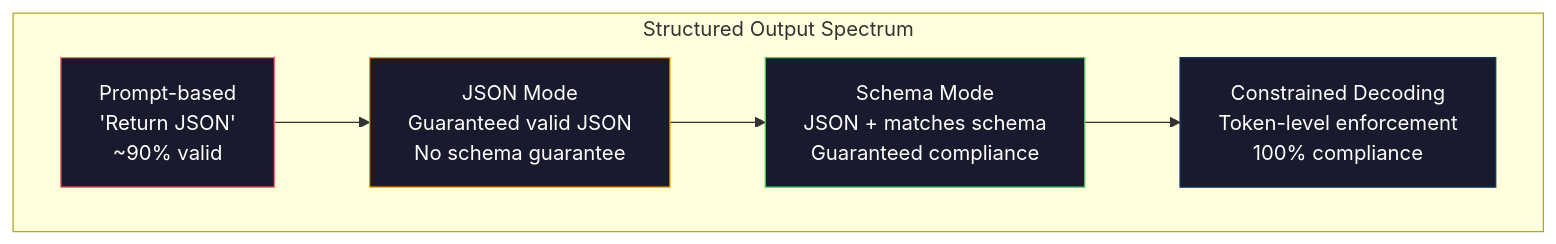
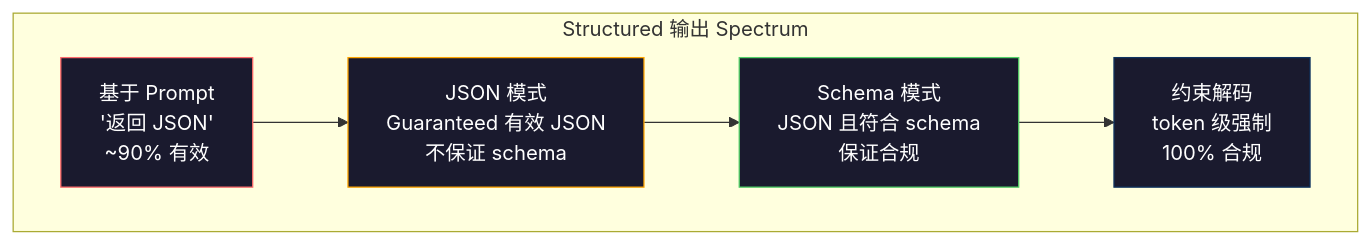
Before and after one commit to JerryC8080/ai-engineering-from-scratch-zh: the first of 2 diagrams in phases/11-llm-engineering/03-structured-outputs/docs/zh.md, drawn with Mermaid. The commit also changed other lines of this file and 156 other files, not shown here.

First line of the commit message:
i18n(zh): translate mermaid diagram labels in 157 lesson zh.md

````diff
--- a/phases/11-llm-engineering/03-structured-outputs/docs/zh.md
+++ b/phases/11-llm-engineering/03-structured-outputs/docs/zh.md
@@ -40,14 +40,14 @@
 ```mermaid
 graph LR
-    subgraph Spectrum["Structured Output Spectrum"]
+    subgraph Spectrum["Structured 输出 Spectrum"]
         direction LR
-        A["Prompt-based\n'Return JSON'\n~90% valid"] --> B["JSON Mode\nGuaranteed valid JSON\nNo schema guarantee"]
-        B --> C["Schema Mode\nJSON + matches schema\nGuaranteed compliance"]
-        C --> D["Constrained Decoding\nToken-level enforcement\n100% compliance"]
+        A["基于 Prompt\n'返回 JSON'\n~90% 有效"] --> B["JSON 模式\nGuaranteed 有效 JSON\n不保证 schema"]
+        B --> C["Schema 模式\nJSON 且符合 schema\n保证合规"]
+        C --> D["约束解码\ntoken 级强制\n100% 合规"]
     end
 
     style A fill:#1a1a2e,stroke:#ff6b6b,color:#fff
     style B fill:#1a1a2e,stroke:#ffa500,color:#fff
     style C fill:#1a1a2e,stroke:#51cf66,color:#fff
     style D fill:#1a1a2e,stroke:#0f3460,color:#fff
 ```
````
